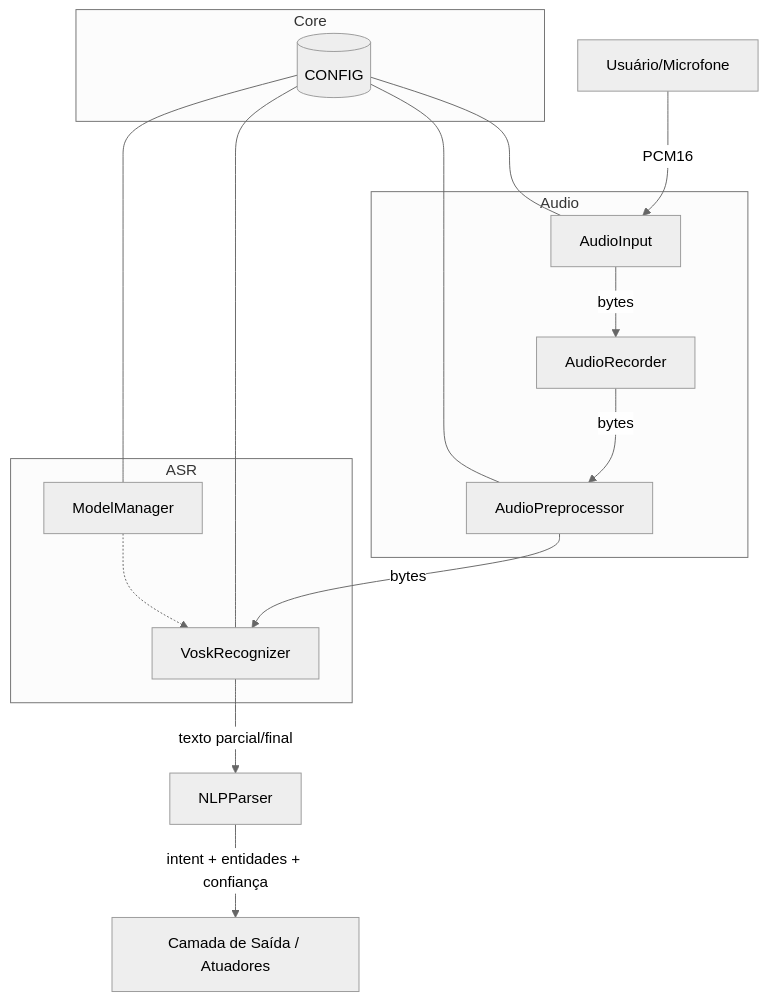
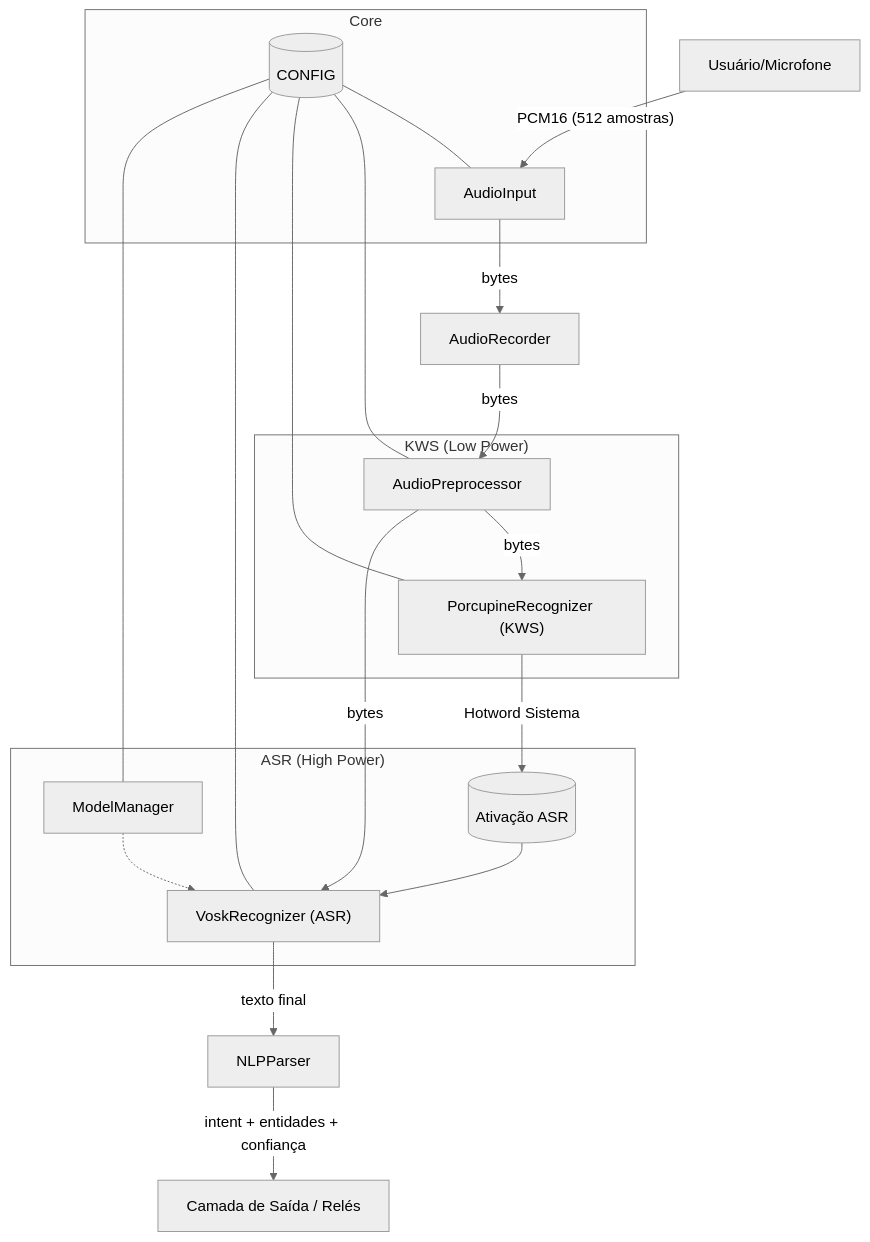
Before and after one commit to Vitormateusromancini/Projeto-Integrador---SISTEMA-EMBARCADO-DE-RECONHECIMENTO-DE-VOZ-OFFLINE: the first of 5 diagrams in README.md, drawn with Mermaid (neutral theme).

````diff
--- a/README.md
+++ b/README.md
@@ -38,24 +38,29 @@
 ```mermaid
 graph TD
-    UI[Usuário/Microfone] -->|PCM16| AudioInput
+    UI[Usuário/Microfone] -->|"PCM16 (512 amostras)"| AudioInput
+    AudioInput -->|bytes| AudioRecorder
+    AudioRecorder -->|bytes| AudioPreprocessor
 
-    subgraph Audio
-      AudioInput -->|bytes| AudioRecorder
-      AudioRecorder -->|bytes| AudioPreprocessor
+    subgraph "KWS (Low Power)"
+        AudioPreprocessor -->|bytes| PorcupineRecognizer["PorcupineRecognizer (KWS)"]
     end
 
-    subgraph ASR
-      ModelManager -.-> VoskRecognizer
-      AudioPreprocessor -->|bytes| VoskRecognizer
+    PorcupineRecognizer -->|Hotword Sistema| ASR_Gate[(Ativação ASR)]
+
+    subgraph "ASR (High Power)"
+        ASR_Gate --> VoskRecognizer["VoskRecognizer (ASR)"]
+        ModelManager -.-> VoskRecognizer
+        AudioPreprocessor -->|bytes| VoskRecognizer
     end
 
-    VoskRecognizer -->|texto parcial/final| NLPParser
-    NLPParser -->|intent + entidades + confiança| OutputLayer[Camada de Saída / Atuadores]
+    VoskRecognizer -->|texto final| NLPParser
+    NLPParser -->|"intent + entidades + confiança"| OutputLayer[Camada de Saída / Relés]
 
-    subgraph Core
-      CONFIG[(CONFIG)] --- AudioInput
-      CONFIG --- AudioPreprocessor
-      CONFIG --- VoskRecognizer
-      CONFIG --- ModelManager
+    subgraph "Core"
+        CONFIG[(CONFIG)] --- AudioInput
+        CONFIG --- AudioPreprocessor
+        CONFIG --- PorcupineRecognizer
+        CONFIG --- VoskRecognizer
+        CONFIG --- ModelManager
     end
 ```
````
